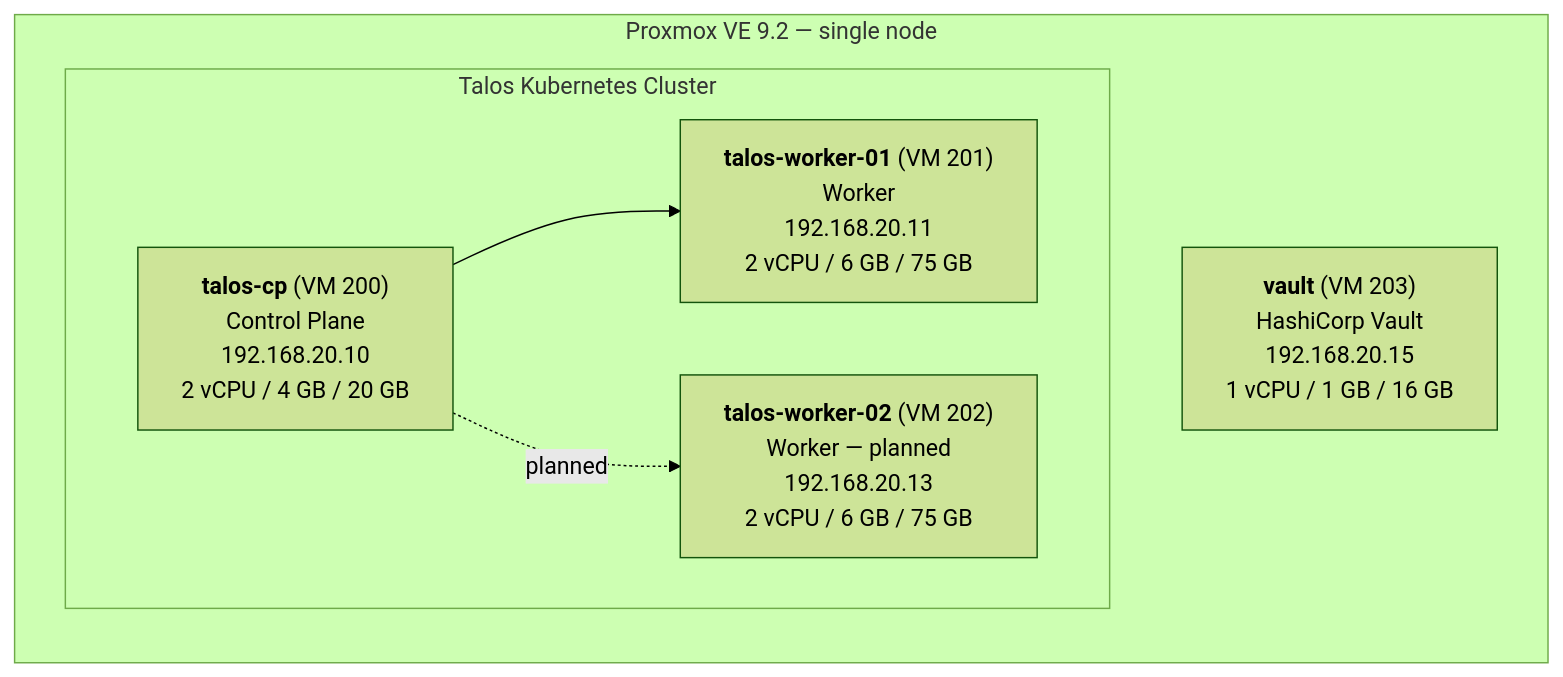
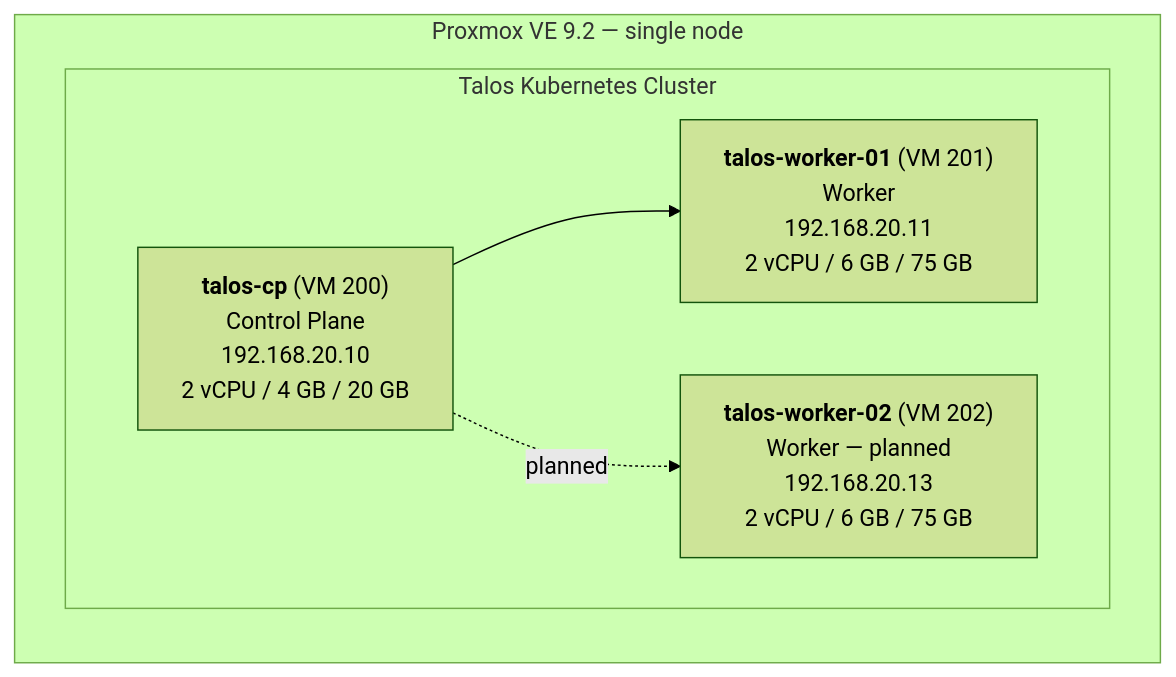
One commit to austin2153/atlas-lab changed the diagram in docs/talos-architecture.md. Above: the diagram before and after it, drawn with Mermaid (forest theme). The commit also changed other lines of this file and 7 other files, not shown here.

First line of the commit message:
docs: retire HashiCorp Vault, document OpenBao

````diff
--- a/docs/talos-architecture.md
+++ b/docs/talos-architecture.md
@@ -41,13 +41,12 @@
 ```mermaid
 graph LR
     subgraph proxmox["Proxmox VE 9.2 — single node"]
         subgraph k8s["Talos Kubernetes Cluster"]
             cp["<b>talos-cp</b> (VM 200)<br/>Control Plane<br/>192.168.20.10<br/>2 vCPU / 4 GB / 20 GB"]
             w1["<b>talos-worker-01</b> (VM 201)<br/>Worker<br/>192.168.20.11<br/>2 vCPU / 6 GB / 75 GB"]
             w2["<b>talos-worker-02</b> (VM 202)<br/>Worker — planned<br/>192.168.20.13<br/>2 vCPU / 6 GB / 75 GB"]
             cp --> w1
             cp -.->|planned| w2
         end
-        vault["<b>vault</b> (VM 203)<br/>HashiCorp Vault<br/>192.168.20.15<br/>1 vCPU / 1 GB / 16 GB"]
     end
 ```
````
